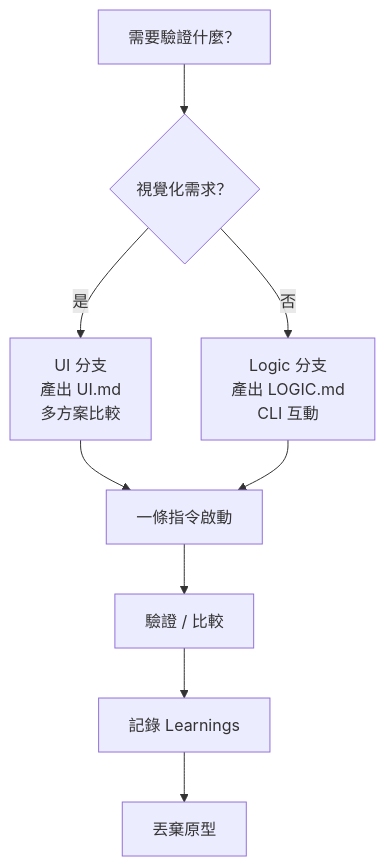
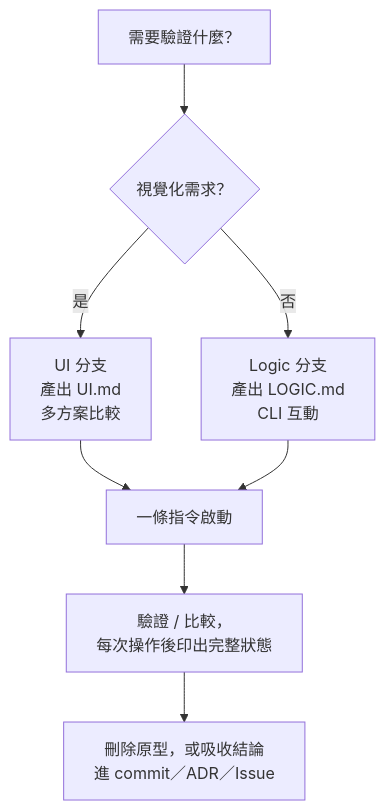
One commit to chihhung/Blog changed the ninth of 15 diagrams in content/posts/教學/AI開發/mattpocock skills 教學手冊.md. Above: the diagram before and after it, drawn with Mermaid. The commit also changed other lines of this file and 3 other files, not shown here.

````diff
--- a/content/posts/教學/AI開發/mattpocock skills 教學手冊.md
+++ b/content/posts/教學/AI開發/mattpocock skills 教學手冊.md
@@ -1611,11 +1706,10 @@
 ```mermaid
 flowchart TD
     A["需要驗證什麼？"] --> B{"視覺化需求？"}
     B -->|"是"| C["UI 分支<br/>產出 UI.md<br/>多方案比較"]
     B -->|"否"| D["Logic 分支<br/>產出 LOGIC.md<br/>CLI 互動"]
     C --> E["一條指令啟動"]
     D --> E
-    E --> F["驗證 / 比較"]
-    F --> G["記錄 Learnings"]
-    G --> H["丟棄原型"]
+    E --> F["驗證 / 比較，<br/>每次操作後印出完整狀態"]
+    F --> G["刪除原型，或吸收結論<br/>進 commit／ADR／Issue"]
 ```
````
